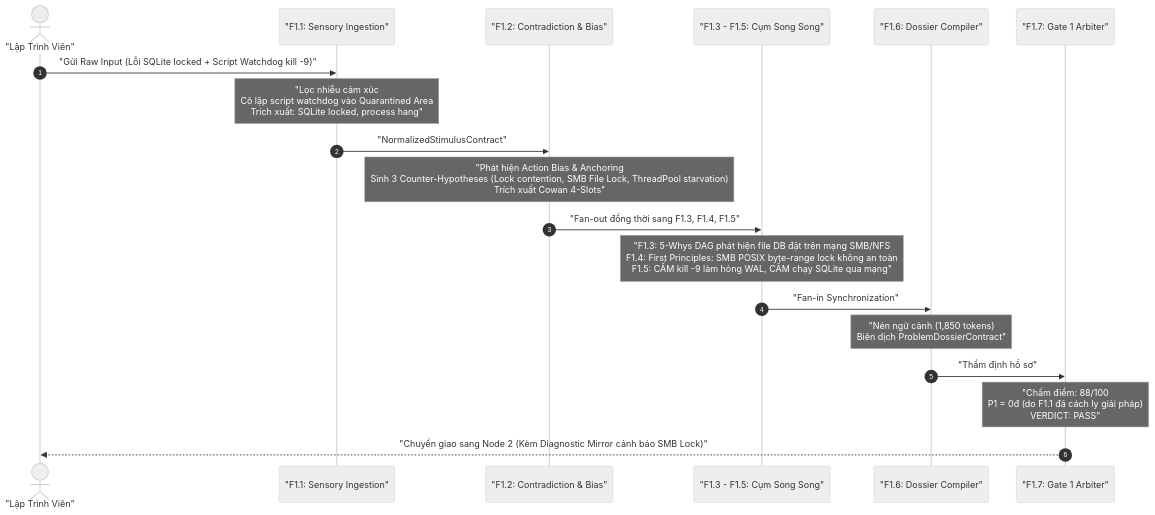
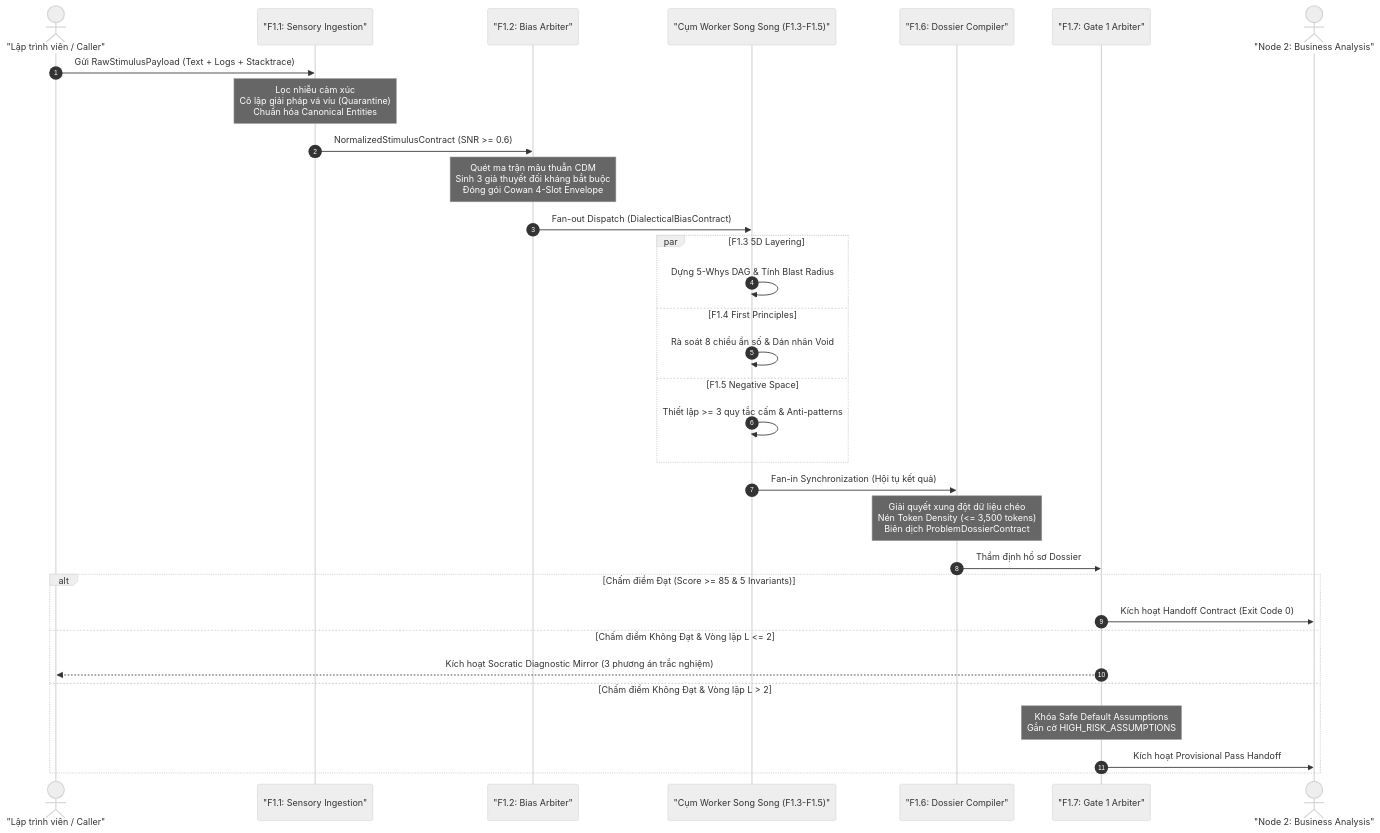
The second of 5 diagrams in Docs/Diagrams/Didagram-AI-Agent_workflows/Node-1/node1-f1-decomposition-architecture.md (vuthuonghai-steve/Steves-Test-agent-agy), drawn with Mermaid (neutral theme) before and after one commit. The commit also changed other lines of this file and 5 other files, not shown here.

First line of the commit message:
docs(workflows): update Node 1 F1 decomposition spec and add sub-flows

````diff
--- a/Docs/Diagrams/Didagram-AI-Agent_workflows/Node-1/node1-f1-decomposition-architecture.md
+++ b/Docs/Diagrams/Didagram-AI-Agent_workflows/Node-1/node1-f1-decomposition-architecture.md
@@ -441,22 +78,39 @@
 ```mermaid
 sequenceDiagram
     autonumber
-    actor Dev as "Lập Trình Viên"
+    actor Dev as "Lập trình viên / Caller"
     participant F11 as "F1.1: Sensory Ingestion"
-    participant F12 as "F1.2: Contradiction & Bias"
-    participant Parallel as "F1.3 - F1.5: Cụm Song Song"
+    participant F12 as "F1.2: Bias Arbiter"
+    participant WorkerCluster as "Cụm Worker Song Song (F1.3-F1.5)"
     participant F16 as "F1.6: Dossier Compiler"
     participant F17 as "F1.7: Gate 1 Arbiter"
+    actor Node2 as "Node 2: Business Analysis"
 
-    Dev->>F11: "Gửi Raw Input (Lỗi SQLite locked + Script Watchdog kill -9)"
-    Note over F11: "Lọc nhiễu cảm xúc<br/>Cô lập script watchdog vào Quarantined Area<br/>Trích xuất: SQLite locked, process hang"
-    F11->>F12: "NormalizedStimulusContract"
-    Note over F12: "Phát hiện Action Bias & Anchoring<br/>Sinh 3 Counter-Hypotheses (Lock contention, SMB File Lock, ThreadPool starvation)<br/>Trích xuất Cowan 4-Slots"
-    F12->>Parallel: "Fan-out đồng thời sang F1.3, F1.4, F1.5"
-    Note over Parallel: "F1.3: 5-Whys DAG phát hiện file DB đặt trên mạng SMB/NFS<br/>F1.4: First Principles: SMB POSIX byte-range lock không an toàn<br/>F1.5: CẤM kill -9 làm hỏng WAL, CẤM chạy SQLite qua mạng"
-    Parallel->>F16: "Fan-in Synchronization"
-    Note over F16: "Nén ngữ cảnh (1,850 tokens)<br/>Biên dịch ProblemDossierContract"
-    F16->>F17: "Thẩm định hồ sơ"
-    Note over F17: "Chấm điểm: 88/100<br/>P1 = 0đ (do F1.1 đã cách ly giải pháp)<br/>VERDICT: PASS"
-    F17-->>Dev: "Chuyển giao sang Node 2 (Kèm Diagnostic Mirror cảnh báo SMB Lock)"
+    Dev->>F11: Gửi RawStimulusPayload (Text + Logs + Stacktrace)
+    Note over F11: Lọc nhiễu cảm xúc<br/>Cô lập giải pháp vá víu (Quarantine)<br/>Chuẩn hóa Canonical Entities
+    F11->>F12: NormalizedStimulusContract (SNR >= 0.6)
+    
+    Note over F12: Quét ma trận mâu thuẫn CDM<br/>Sinh 3 giả thuyết đối kháng bắt buộc<br/>Đóng gói Cowan 4-Slot Envelope
+    F12->>WorkerCluster: Fan-out Dispatch (DialecticalBiasContract)
+    
+    par F1.3 5D Layering
+        WorkerCluster->>WorkerCluster: Dựng 5-Whys DAG & Tính Blast Radius
+    and F1.4 First Principles
+        WorkerCluster->>WorkerCluster: Rà soát 8 chiều ẩn số & Dán nhãn Void
+    and F1.5 Negative Space
+        WorkerCluster->>WorkerCluster: Thiết lập >= 3 quy tắc cấm & Anti-patterns
+    end
+
+    WorkerCluster->>F16: Fan-in Synchronization (Hội tụ kết quả)
+    Note over F16: Giải quyết xung đột dữ liệu chéo<br/>Nén Token Density (<= 3,500 tokens)<br/>Biên dịch ProblemDossierContract
+    F16->>F17: Thẩm định hồ sơ Dossier
+
+    alt Chấm điểm Đạt (Score >= 85 & 5 Invariants)
+        F17->>Node2: Kích hoạt Handoff Contract (Exit Code 0)
+    else Chấm điểm Không Đạt & Vòng lặp L <= 2
+        F17-->>Dev: Kích hoạt Socratic Diagnostic Mirror (3 phương án trắc nghiệm)
+    else Chấm điểm Không Đạt & Vòng lặp L > 2
+        Note over F17: Khóa Safe Default Assumptions<br/>Gắn cờ HIGH_RISK_ASSUMPTIONS
+        F17->>Node2: Kích hoạt Provisional Pass Handoff
+    end
 ```
````
